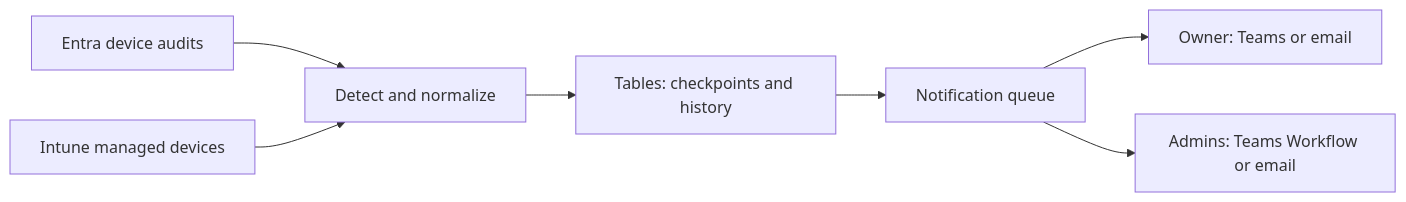
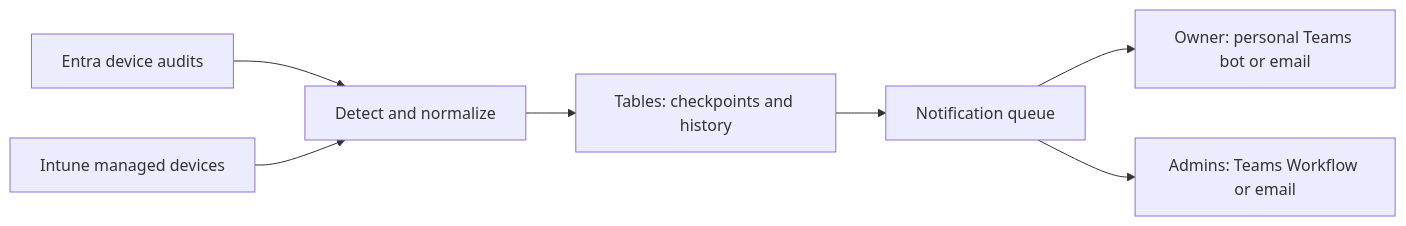
One commit to nathanmcnulty/azd-device-notifications changed the first of 2 diagrams in docs/architecture.md. Above: the diagram before and after it, drawn with Mermaid. The commit also changed other lines of this file and 70 other files, not shown here.

````diff
--- a/docs/architecture.md
+++ b/docs/architecture.md
@@ -3,9 +3,9 @@
 ```mermaid
 flowchart LR
     Entra[Entra device audits] --> Detect[Detect and normalize]
     Intune[Intune managed devices] --> Detect
     Detect --> State[Tables: checkpoints and history]
     State --> Queue[Notification queue]
-    Queue --> Owner[Owner: Teams or email]
+    Queue --> Owner[Owner: personal Teams bot or email]
     Queue --> Admin[Admins: Teams Workflow or email]
 ```
````
